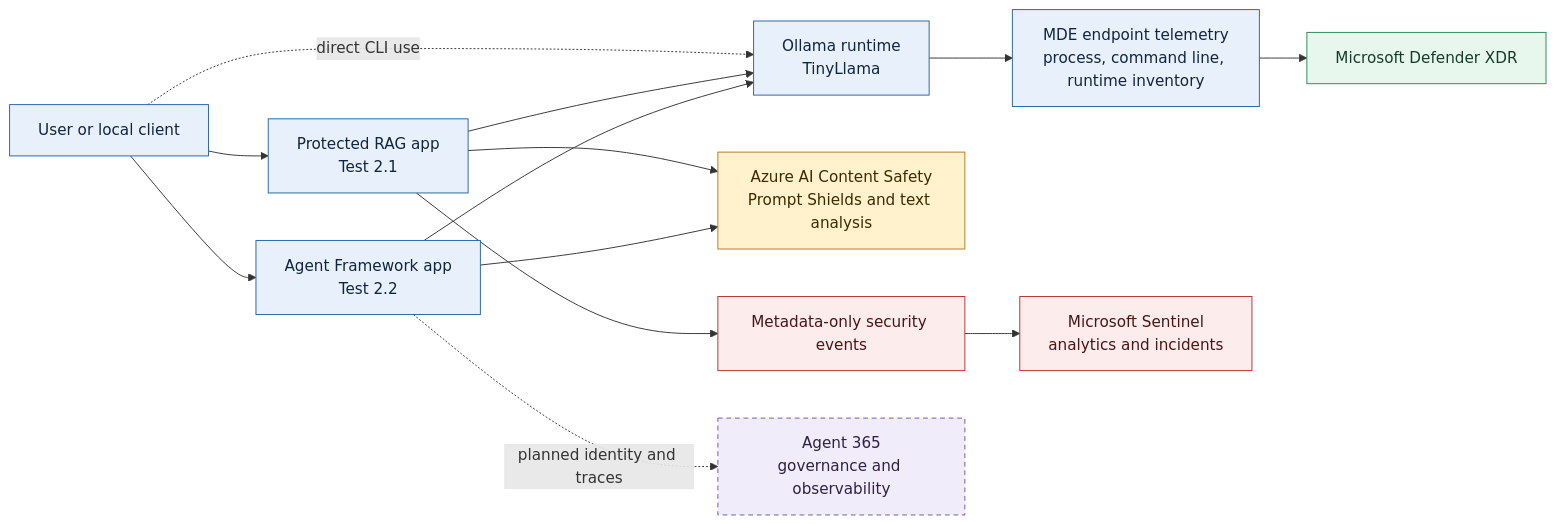
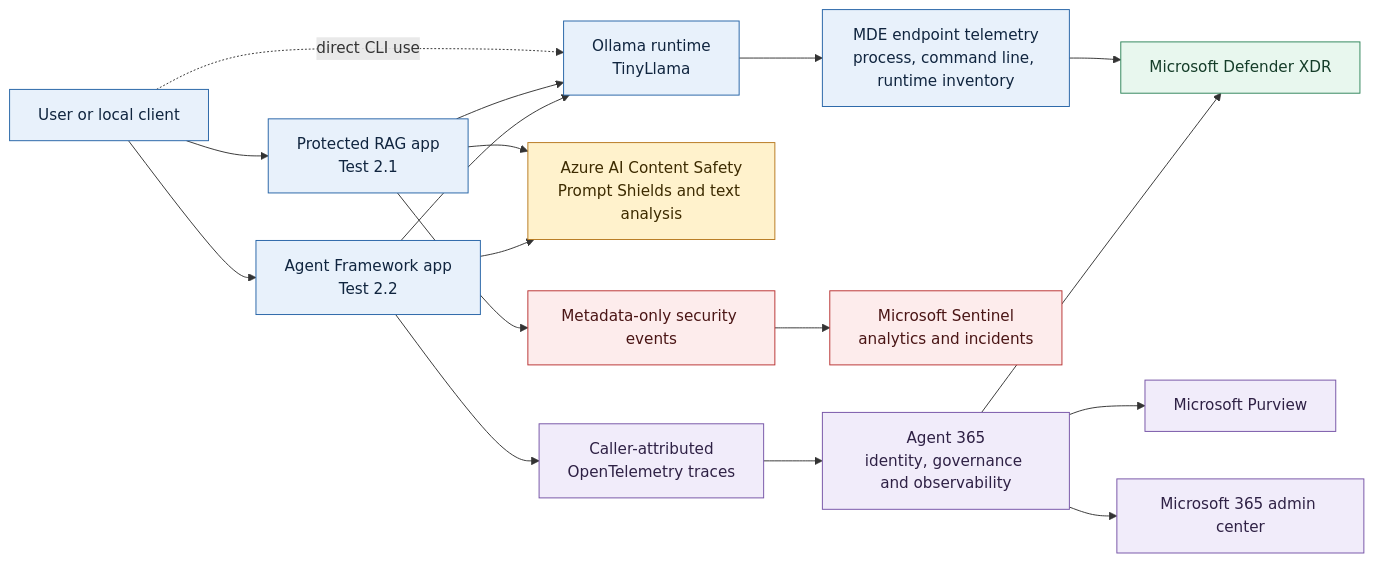
Before and after one commit to hsze/LOCAL-AI-SECURITY: the first of 10 diagrams in LOCAL-AI-SECURITY-ARCHITECTURE.md, drawn with Mermaid. The commit also changed other lines of this file, not shown here.

Commit message:
Document validated Agent 365 integration

````diff
--- a/LOCAL-AI-SECURITY-ARCHITECTURE.md
+++ b/LOCAL-AI-SECURITY-ARCHITECTURE.md
@@ -15,30 +15,34 @@
 ```mermaid
 flowchart LR
     classDef endpoint fill:#e8f1fb,stroke:#2563a6,color:#10253f
     classDef security fill:#fff2cc,stroke:#b7791f,color:#3d2b00
     classDef cloud fill:#e8f7ee,stroke:#2f855a,color:#153d29
     classDef soc fill:#fdecec,stroke:#b83232,color:#4a1515
-    classDef future fill:#f1ecfa,stroke:#7553a6,color:#2f2145,stroke-dasharray: 5 4
+    classDef governance fill:#f1ecfa,stroke:#7553a6,color:#2f2145
 
     U[User or local client] --> A[Protected RAG app<br/>Test 2.1]
     U --> B[Agent Framework app<br/>Test 2.2]
     U -. direct CLI use .-> O[Ollama runtime<br/>TinyLlama]
 
     A --> C[Azure AI Content Safety<br/>Prompt Shields and text analysis]
     B --> C
     A --> O
     B --> O
 
     M[MDE endpoint telemetry<br/>process, command line, runtime inventory] --> D[Microsoft Defender XDR]
     O --> M
     A --> E[Metadata-only security events]
     E --> S[Microsoft Sentinel<br/>analytics and incidents]
 
-    B -. planned identity and traces .-> G[Agent 365<br/>governance and observability]
+    B --> T[Caller-attributed<br/>OpenTelemetry traces]
+    T --> G[Agent 365<br/>identity, governance and observability]
+    G --> D
+    G --> P[Microsoft Purview]
+    G --> AC[Microsoft 365 admin center]
 
     class U,A,B,O,M endpoint
     class C security
     class D cloud
     class E,S soc
-    class G future
+    class G,T,P,AC governance
 ```
````
